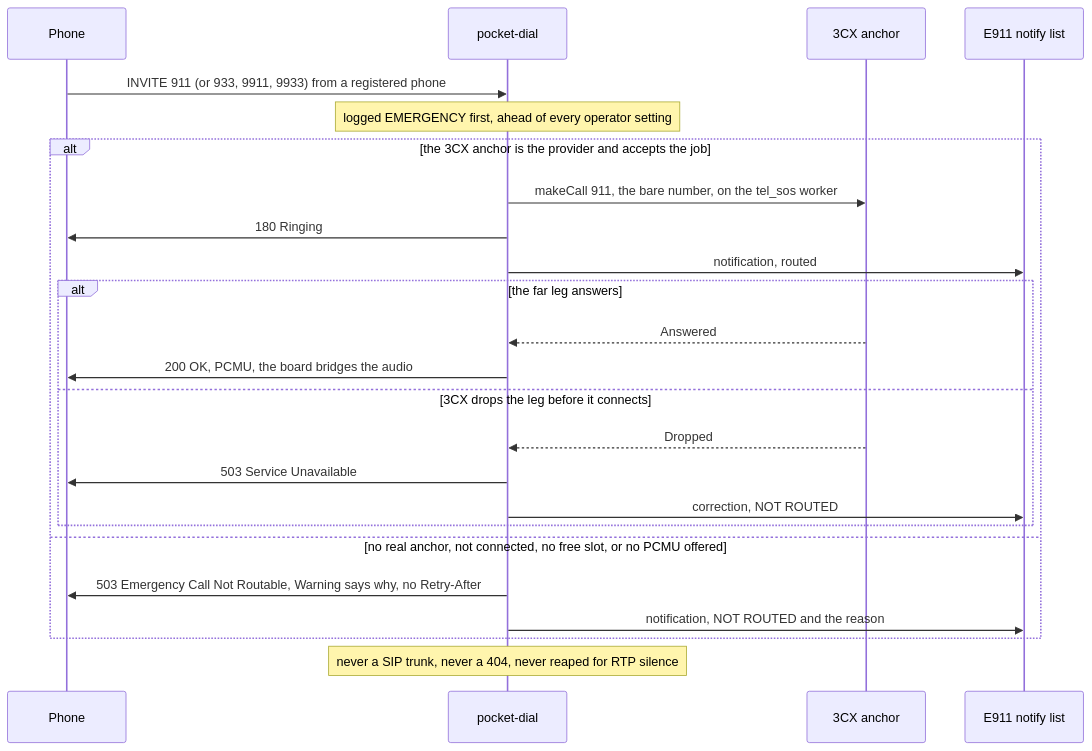
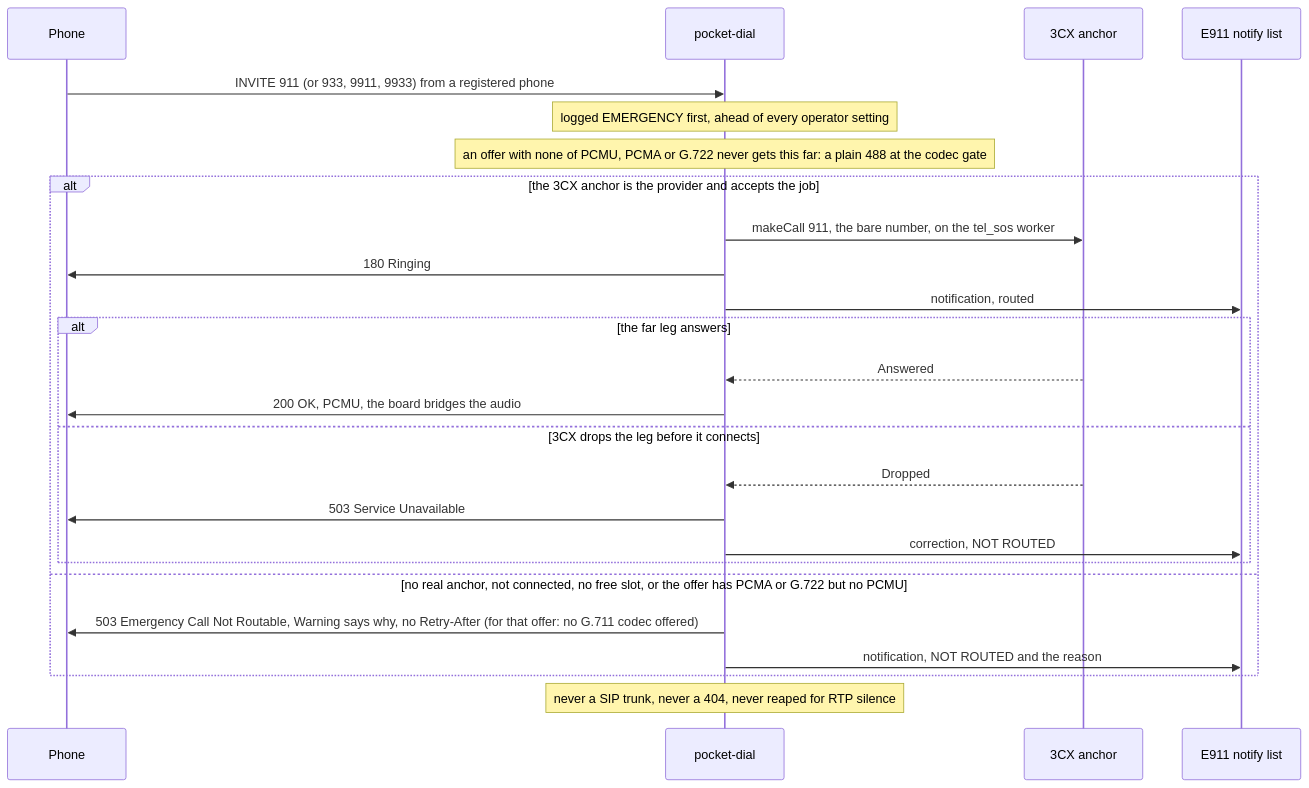
Before and after one commit to GlomarGadaffi/pocket-dial: the fifth of 7 diagrams in README.md, drawn with Mermaid. The commit also changed 13 other files, not shown here.

First line of the commit message:
docs: polish landing-page diagrams

````diff
--- a/README.md
+++ b/README.md
@@ -115,26 +115,27 @@
 ```mermaid
 sequenceDiagram
     participant H as Phone
     participant P as pocket-dial
     participant X as 3CX anchor
     participant N as E911 notify list
     H->>P: INVITE 911 (or 933, 9911, 9933) from a registered phone
     Note over P: logged EMERGENCY first, ahead of every operator setting
+    Note over P: an offer with none of PCMU, PCMA or G.722 never gets this far: a plain 488 at the codec gate
     alt the 3CX anchor is the provider and accepts the job
         P->>X: makeCall 911, the bare number, on the tel_sos worker
         P->>H: 180 Ringing
         P->>N: notification, routed
         alt the far leg answers
             X-->>P: Answered
             P->>H: 200 OK, PCMU, the board bridges the audio
         else 3CX drops the leg before it connects
             X-->>P: Dropped
             P->>H: 503 Service Unavailable
             P->>N: correction, NOT ROUTED
         end
-    else no real anchor, not connected, no free slot, or no PCMU offered
-        P->>H: 503 Emergency Call Not Routable, Warning says why, no Retry-After
+    else no real anchor, not connected, no free slot, or the offer has PCMA or G.722 but no PCMU
+        P->>H: 503 Emergency Call Not Routable, Warning says why, no Retry-After (for that offer: no G.711 codec offered)
         P->>N: notification, NOT ROUTED and the reason
     end
     Note over P: never a SIP trunk, never a 404, never reaped for RTP silence
 ```
````
